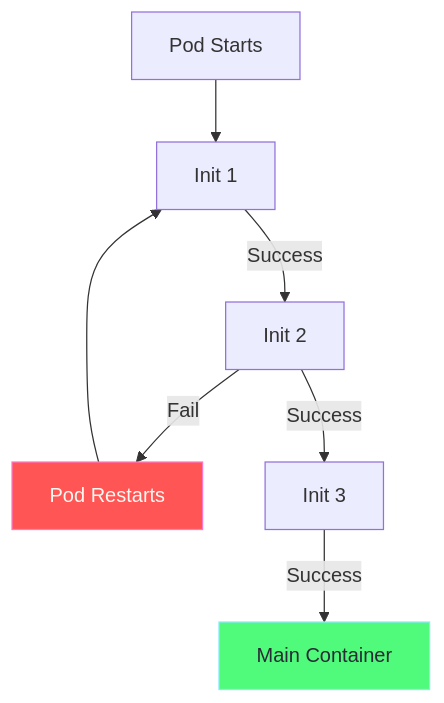
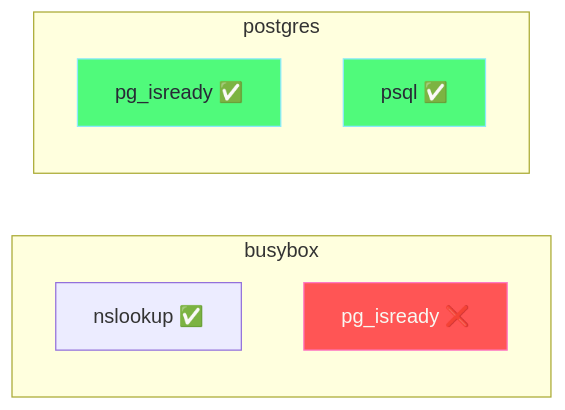
One commit to selvakumarperumal/k8s_minikube_learn changed the third of 5 diagrams in Workload_and_Application_Management/init-containers-explained.md. Above: the diagram before and after it, drawn with Mermaid. The commit also changed other lines of this file, not shown here.

First line of the commit message:
docs: simplify init containers explanation with practical focus

````diff
--- a/Workload_and_Application_Management/init-containers-explained.md
+++ b/Workload_and_Application_Management/init-containers-explained.md
@@ -138,12 +86,16 @@
 ```mermaid
-flowchart TB
-    Start["Pod Starts"] --> Init1["Init 1"]
-    Init1 -->|Success| Init2["Init 2"]
-    Init2 -->|Fail| Restart["Pod Restarts"]
-    Restart --> Init1
-    Init2 -->|Success| Init3["Init 3"]
-    Init3 -->|Success| Main["Main Container"]
+flowchart LR
+    subgraph BusyBox["busybox"]
+        B1["nslookup ✅"]
+        B2["pg_isready ❌"]
+    end
     
-    style Restart fill:#ff5555,stroke:#ff79c6,color:#f8f8f2
-    style Main fill:#50fa7b,stroke:#8be9fd,color:#282a36
+    subgraph Postgres["postgres"]
+        P1["pg_isready ✅"]
+        P2["psql ✅"]
+    end
+    
+    style B2 fill:#ff5555,stroke:#ff79c6,color:#f8f8f2
+    style P1 fill:#50fa7b,stroke:#8be9fd,color:#282a36
+    style P2 fill:#50fa7b,stroke:#8be9fd,color:#282a36
 ```
````
